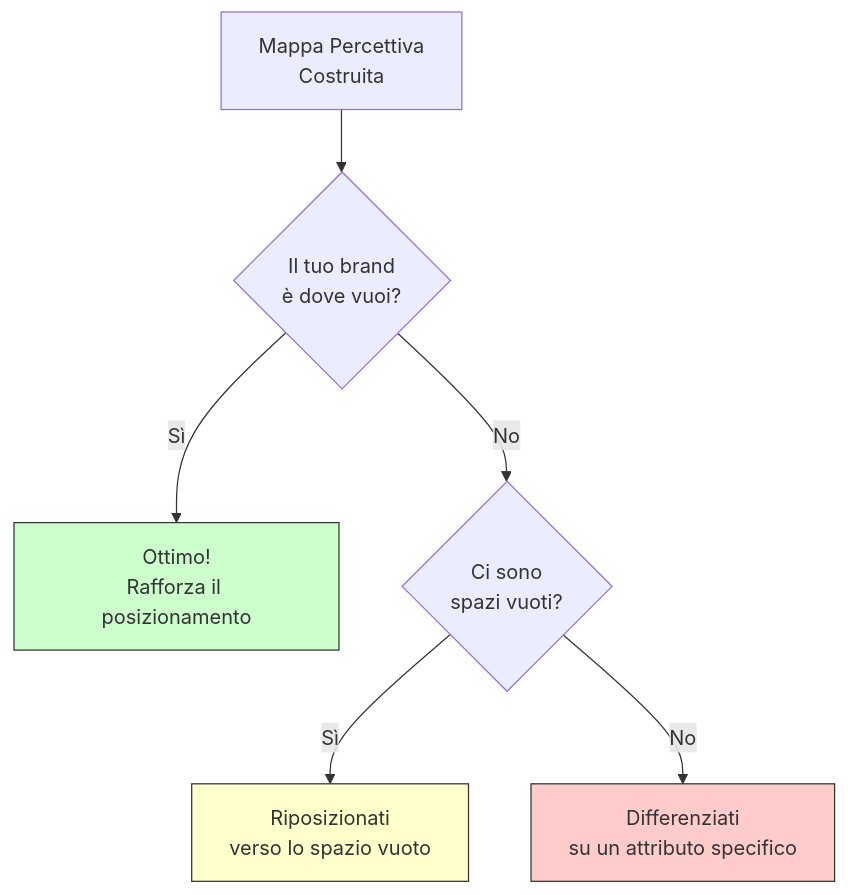
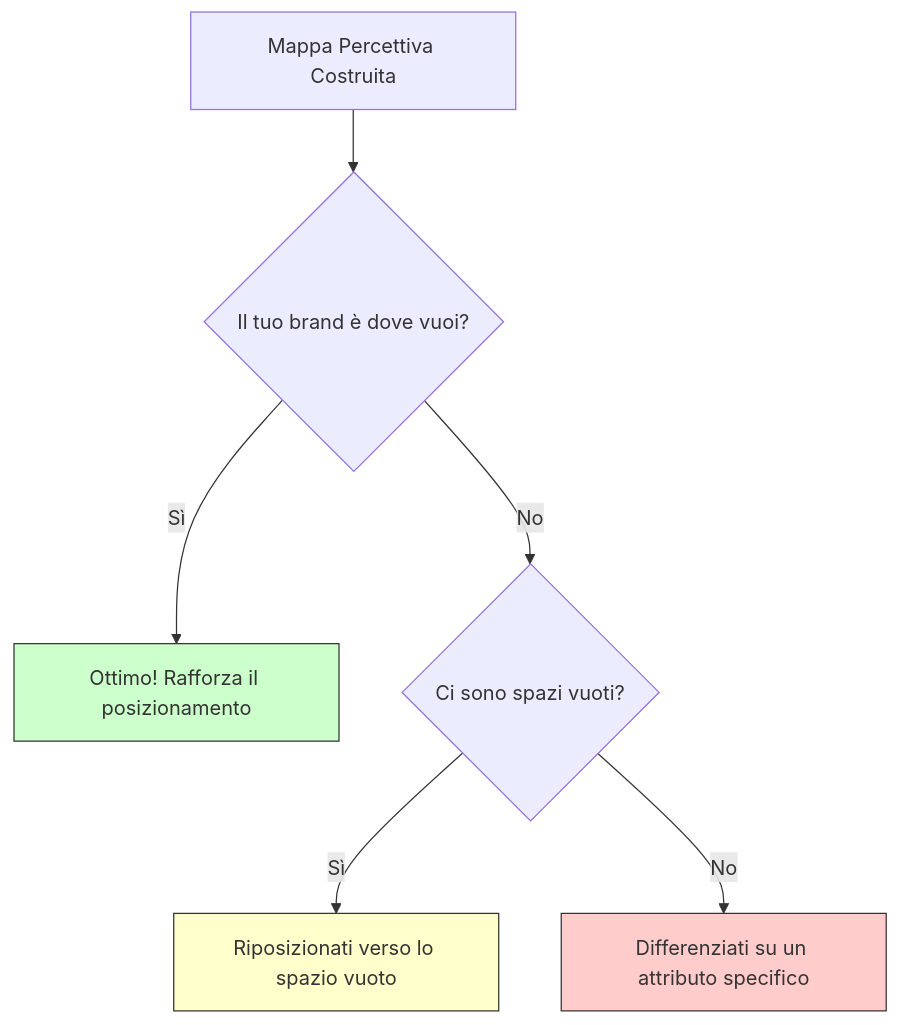
Before and after one commit to AndreyBertasini/gynnitech: the diagram in src/content/blog/mappe-percettive.mdx, drawn with Mermaid. The commit also changed 11 other files, not shown here.

First line of the commit message:
fix(blog): fix mermaid syntax errors for v11.12.2 compatibility

````diff
--- a/src/content/blog/mappe-percettive.mdx
+++ b/src/content/blog/mappe-percettive.mdx
@@ -138,12 +138,12 @@
 ```mermaid
 graph TD
-    A["Mappa Percettiva<br>Costruita"] --> B{"Il tuo brand<br>è dove vuoi?"}
-    B -- Sì --> C["Ottimo!<br>Rafforza il posizionamento"]
-    B -- No --> D{"Ci sono<br>spazi vuoti?"}
-    D -- Sì --> E["Riposizionati<br>verso lo spazio vuoto"]
-    D -- No --> F["Differenziati<br>su un attributo specifico"]
+    A["Mappa Percettiva Costruita"] --> B{"Il tuo brand è dove vuoi?"}
+    B -- Sì --> C["Ottimo! Rafforza il posizionamento"]
+    B -- No --> D{"Ci sono spazi vuoti?"}
+    D -- Sì --> E["Riposizionati verso lo spazio vuoto"]
+    D -- No --> F["Differenziati su un attributo specifico"]
     
     style C fill:#ccffcc,stroke:#333
     style E fill:#ffffcc,stroke:#333
     style F fill:#ffcccc,stroke:#333
 ```
````
